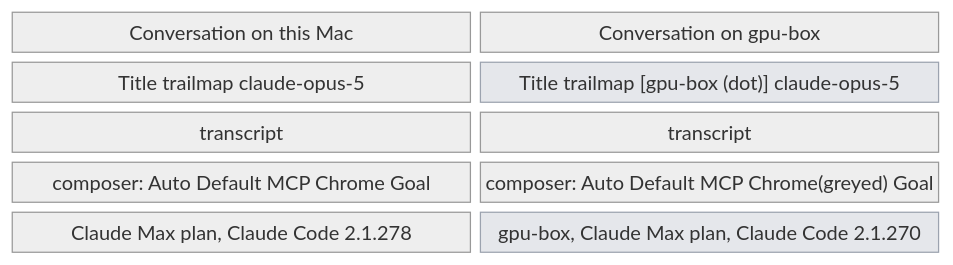
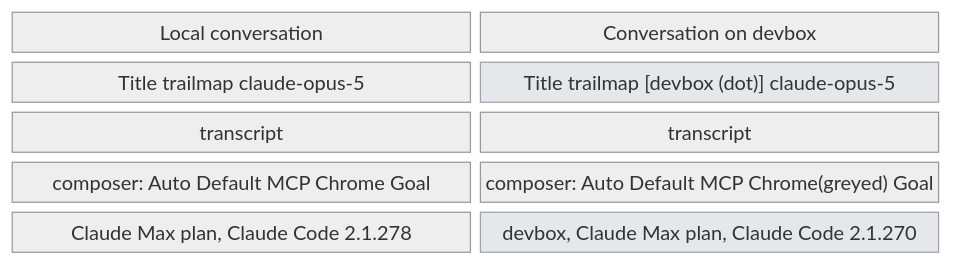
Before and after one commit to anetrebskii/geckit: the second of 3 diagrams in docs/ux/remote-hosts.md, drawn with Mermaid (neutral theme). The commit also changed other lines of this file and 8 other files, not shown here.

````diff
--- a/docs/ux/remote-hosts.md
+++ b/docs/ux/remote-hosts.md
@@ -60,11 +66,11 @@
 ```mermaid
 block-beta
   columns 2
-  h1["Conversation on this Mac"] h2["Conversation on gpu-box"]
-  a1["Title  trailmap  claude-opus-5"] a2["Title  trailmap  [gpu-box (dot)]  claude-opus-5"]
+  h1["Local conversation"] h2["Conversation on devbox"]
+  a1["Title  trailmap  claude-opus-5"] a2["Title  trailmap  [devbox (dot)]  claude-opus-5"]
   b1["transcript"] b2["transcript"]
   c1["composer: Auto  Default  MCP  Chrome  Goal"] c2["composer: Auto  Default  MCP  Chrome(greyed)  Goal"]
-  d1["Claude Max plan, Claude Code 2.1.278"] d2["gpu-box, Claude Max plan, Claude Code 2.1.270"]
+  d1["Claude Max plan, Claude Code 2.1.278"] d2["devbox, Claude Max plan, Claude Code 2.1.270"]
   style a2 fill:#e5e7eb,stroke:#9ca3af
   style d2 fill:#e5e7eb,stroke:#9ca3af
 ```
````
